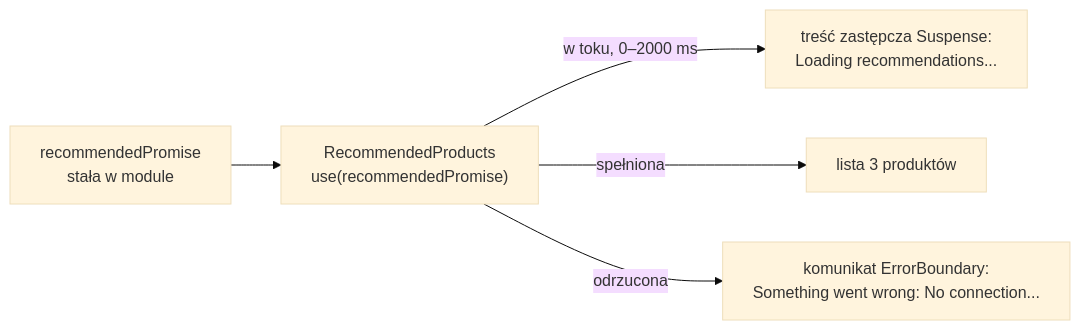
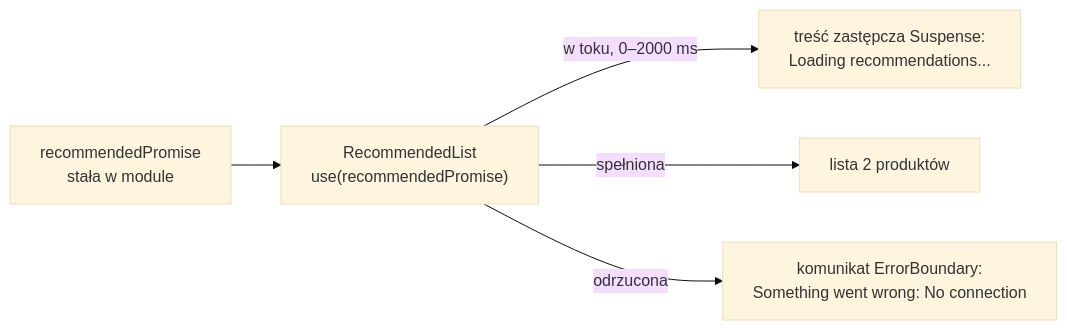
The diagram in lecture04/slides/slide_10_granice-razem.md (mmiotk/frontend-development-ug), drawn with Mermaid (base theme) before and after one commit. The commit also changed other lines of this file and 38 other files, not shown here.

````diff
--- a/lecture04/slides/slide_10_granice-razem.md
+++ b/lecture04/slides/slide_10_granice-razem.md
@@ -81,8 +80,8 @@
 ```mermaid
 %%{init: {"flowchart": {"wrappingWidth": 360}}}%%
 flowchart LR
-    P["recommendedPromise<br/>stała w module"] --> U["RecommendedProducts<br/>use(recommendedPromise)"]
+    P["recommendedPromise<br/>stała w module"] --> U["RecommendedList<br/>use(recommendedPromise)"]
     U -->|"w toku, 0–2000 ms"| F1["treść zastępcza Suspense:<br/>Loading recommendations..."]
-    U -->|"spełniona"| F2["lista 3 produktów"]
-    U -->|"odrzucona"| F3["komunikat ErrorBoundary:<br/>Something went wrong: No connection..."]
+    U -->|"spełniona"| F2["lista 2 produktów"]
+    U -->|"odrzucona"| F3["komunikat ErrorBoundary:<br/>Something went wrong: No connection"]
 ```
````
